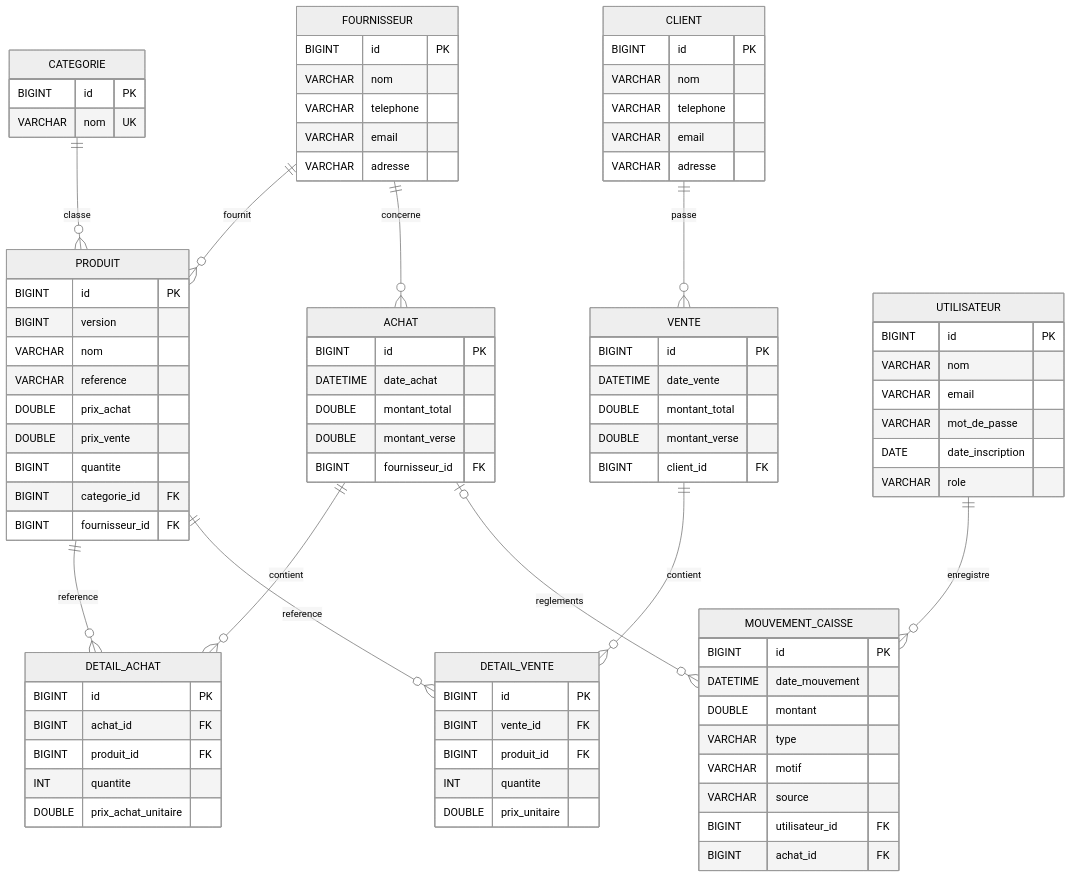
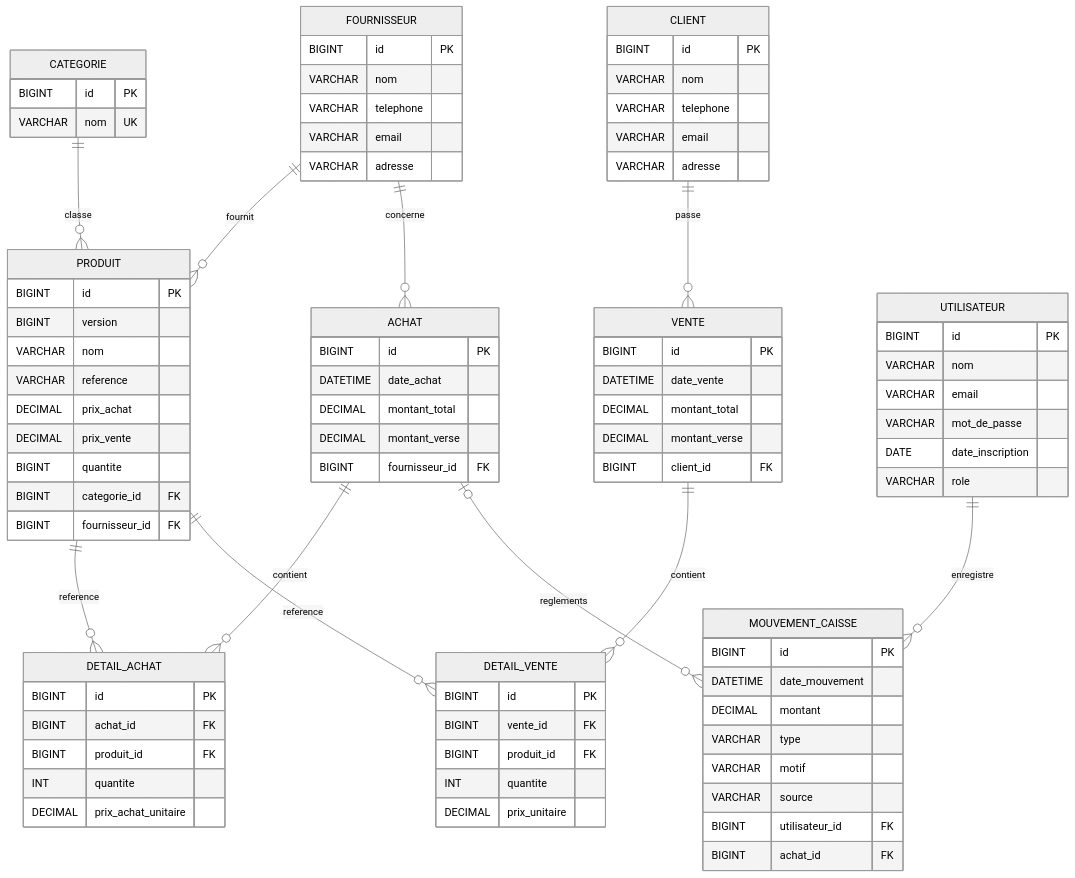
The diagram in docs/database-schema.md (CherifDalein/gestion-de-stock), drawn with Mermaid (neutral theme) before and after one commit. The commit also changed other lines of this file and 44 other files, not shown here.

```diff
--- a/docs/database-schema.md
+++ b/docs/database-schema.md
@@ -127,8 +127,8 @@
         BIGINT version
         VARCHAR nom
         VARCHAR reference
-        DOUBLE prix_achat
-        DOUBLE prix_vente
+        DECIMAL prix_achat
+        DECIMAL prix_vente
         BIGINT quantite
         BIGINT categorie_id FK
         BIGINT fournisseur_id FK
@@ -136,8 +136,8 @@
     ACHAT {
         BIGINT id PK
         DATETIME date_achat
-        DOUBLE montant_total
-        DOUBLE montant_verse
+        DECIMAL montant_total
+        DECIMAL montant_verse
         BIGINT fournisseur_id FK
     }
     DETAIL_ACHAT {
@@ -145,13 +145,13 @@
         BIGINT achat_id FK
         BIGINT produit_id FK
         INT quantite
-        DOUBLE prix_achat_unitaire
+        DECIMAL prix_achat_unitaire
     }
     VENTE {
         BIGINT id PK
         DATETIME date_vente
-        DOUBLE montant_total
-        DOUBLE montant_verse
+        DECIMAL montant_total
+        DECIMAL montant_verse
         BIGINT client_id FK
     }
     DETAIL_VENTE {
@@ -159,12 +159,12 @@
         BIGINT vente_id FK
         BIGINT produit_id FK
         INT quantite
-        DOUBLE prix_unitaire
+        DECIMAL prix_unitaire
     }
     MOUVEMENT_CAISSE {
         BIGINT id PK
         DATETIME date_mouvement
-        DOUBLE montant
+        DECIMAL montant
         VARCHAR type
         VARCHAR motif
         VARCHAR source
```
